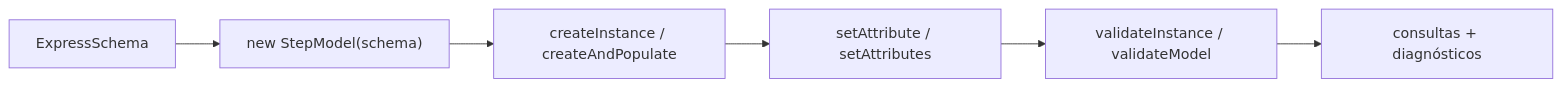
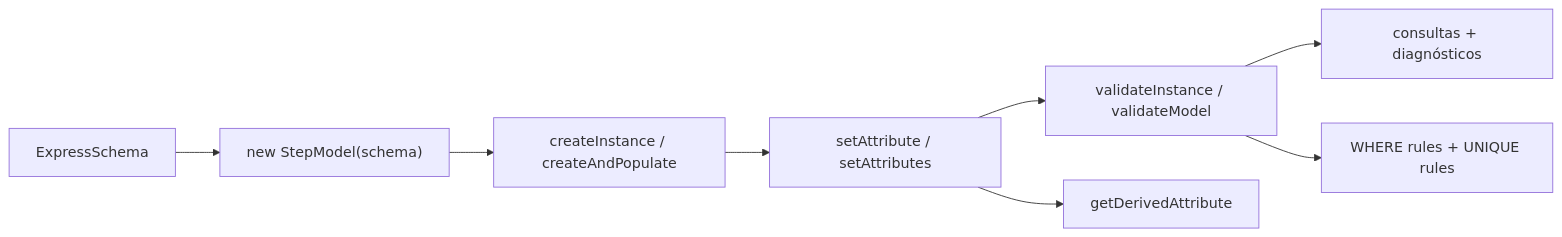
One commit to EfrainRodriguez/step-nc changed the first of 4 diagrams in packages/step-factory/ARCHITECTURE.md. Above: the diagram before and after it, drawn with Mermaid. The commit also changed other lines of this file and 29 other files, not shown here.

Commit message:
feat(step-factory): add multi-schema, derived attrs & expr eval to StepModel

````diff
--- a/packages/step-factory/ARCHITECTURE.md
+++ b/packages/step-factory/ARCHITECTURE.md
@@ -20,8 +20,10 @@
 ```mermaid
 flowchart LR
   A[ExpressSchema] --> B["new StepModel(schema)"]
   B --> C["createInstance / createAndPopulate"]
   C --> D["setAttribute / setAttributes"]
   D --> E["validateInstance / validateModel"]
   E --> F["consultas + diagnósticos"]
+  E --> G["WHERE rules + UNIQUE rules"]
+  D --> H["getDerivedAttribute"]
 ```
````
